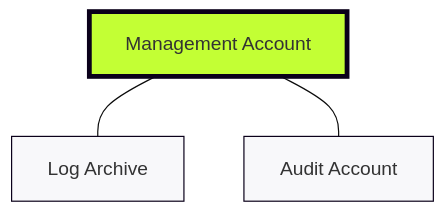
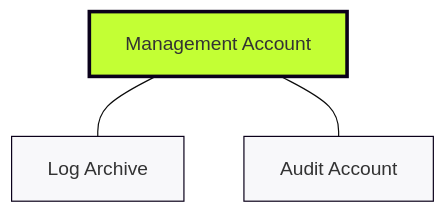
The diagram in slides/01-aft-overview.md (ken-createfuture-demo/aft-demo-presentation), drawn with Mermaid (base theme) before and after one commit. The commit also changed 1 other file, not shown here.

Commit message:
Add AFT presentation with slides and documentation

````diff
--- a/slides/01-aft-overview.md
+++ b/slides/01-aft-overview.md
@@ -30,11 +30,11 @@
 ```mermaid
 graph TD
     MA[Management Account] 
     MA --- LA[Log Archive]
     MA --- AA[Audit Account]
     
-    style MA fill:#C3FF34,stroke:#0A001A,stroke-width:4px
+    style MA fill:#C3FF34,stroke:#0A001A,stroke-width:3px
     style LA fill:#F8F8FA,stroke:#0A001A
     style AA fill:#F8F8FA,stroke:#0A001A
 
 ```
````
